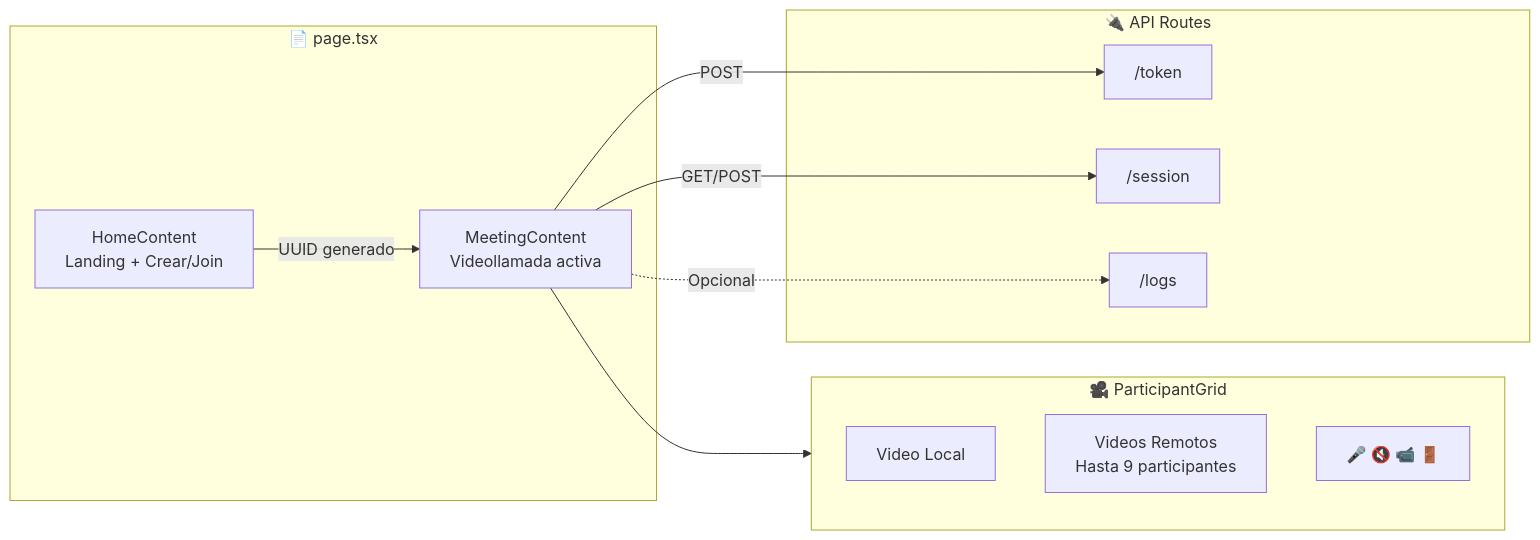
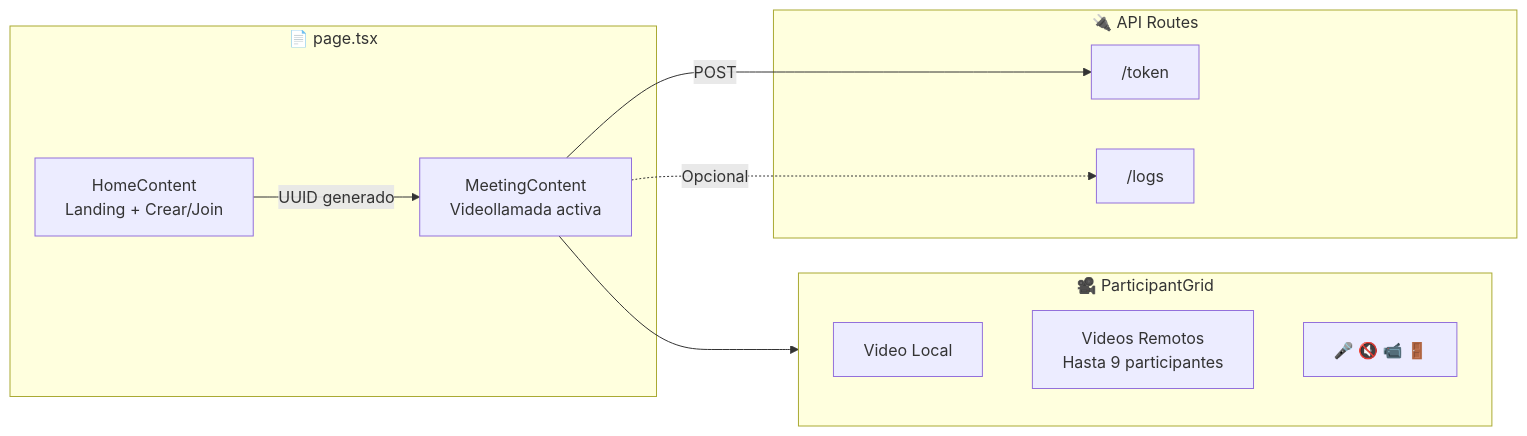
The third of 3 diagrams in README.md (jonattan-infante/OpenMeet), drawn with Mermaid before and after one commit. The commit also changed other lines of this file and 6 other files, not shown here.

````diff
--- a/README.md
+++ b/README.md
@@ -84,25 +82,23 @@
 ```mermaid
 flowchart LR
     subgraph Page["📄 page.tsx"]
         Home["HomeContent<br/>Landing + Crear/Join"]
         Meeting["MeetingContent<br/>Videollamada activa"]
     end
 
     subgraph Grid["🎥 ParticipantGrid"]
         Local["Video Local"]
         Remote["Videos Remotos<br/>Hasta 9 participantes"]
         Controls["🎤 🔇 📹 🚪"]
     end
 
     subgraph API["🔌 API Routes"]
         Token["/token"]
-        Session["/session"]
         Logs["/logs"]
     end
 
     Home -->|UUID generado| Meeting
     Meeting --> Grid
     Meeting -->|POST| Token
-    Meeting -->|GET/POST| Session
     Meeting -.->|Opcional| Logs
 ```
````
